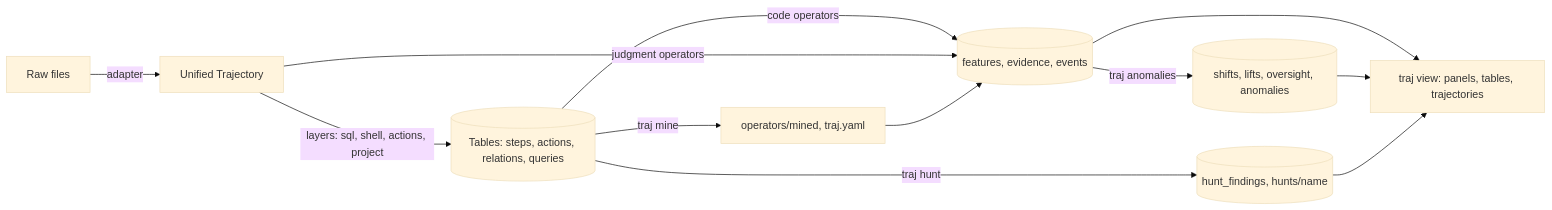
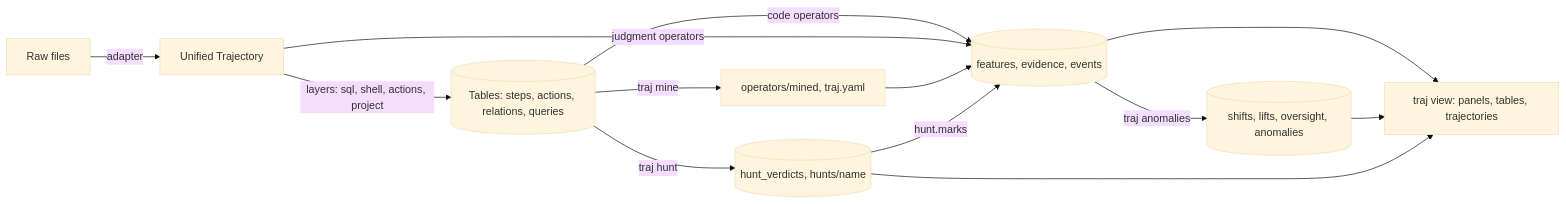
One commit to Lincyaw/traj-analyzer changed the diagram in docs/design.md. Above: the diagram before and after it, drawn with Mermaid (base theme). The commit also changed other lines of this file and 69 other files, not shown here.

````diff
--- a/docs/design.md
+++ b/docs/design.md
@@ -18,14 +18,15 @@
 ```mermaid
 flowchart LR
     raw[Raw files] -->|adapter| unified[Unified Trajectory]
     unified -->|layers: sql, shell, actions, project| tables[(Tables: steps, actions, relations, queries)]
     tables -->|code operators| features[(features, evidence, events)]
     unified -->|judgment operators| features
     features -->|traj anomalies| anomalies[(shifts, lifts, oversight, anomalies)]
     features --> view[traj view: panels, tables, trajectories]
     anomalies --> view
     tables -->|traj mine| mined[operators/mined, traj.yaml]
     mined --> features
-    tables -->|traj hunt| hunted[(hunt_findings, hunts/name)]
+    tables -->|traj hunt| hunted[(hunt_verdicts, hunts/name)]
+    hunted -->|hunt.marks| features
     hunted --> view
 ```
````
